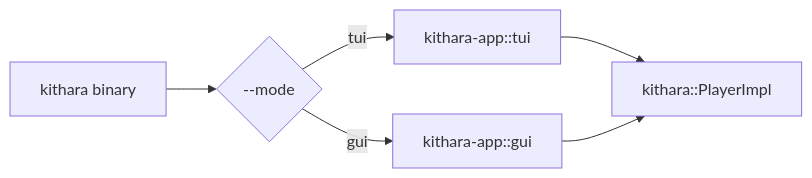
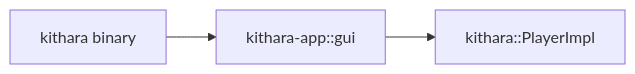
One commit to zvuk/kithara changed the diagram in crates/kithara-app/README.md. Above: the diagram before and after it, drawn with Mermaid. The commit also changed other lines of this file and 31 other files, not shown here.

````diff
--- a/crates/kithara-app/README.md
+++ b/crates/kithara-app/README.md
@@ -49,8 +41,5 @@
 ```mermaid
 flowchart LR
-    cli["kithara binary"] --> mode{"--mode"}
-    mode -->|tui| tui["kithara-app::tui"]
-    mode -->|gui| gui["kithara-app::gui"]
-    tui --> core["kithara::PlayerImpl"]
-    gui --> core
+    cli["kithara binary"] --> gui["kithara-app::gui"]
+    gui --> core["kithara::PlayerImpl"]
 ```
````
